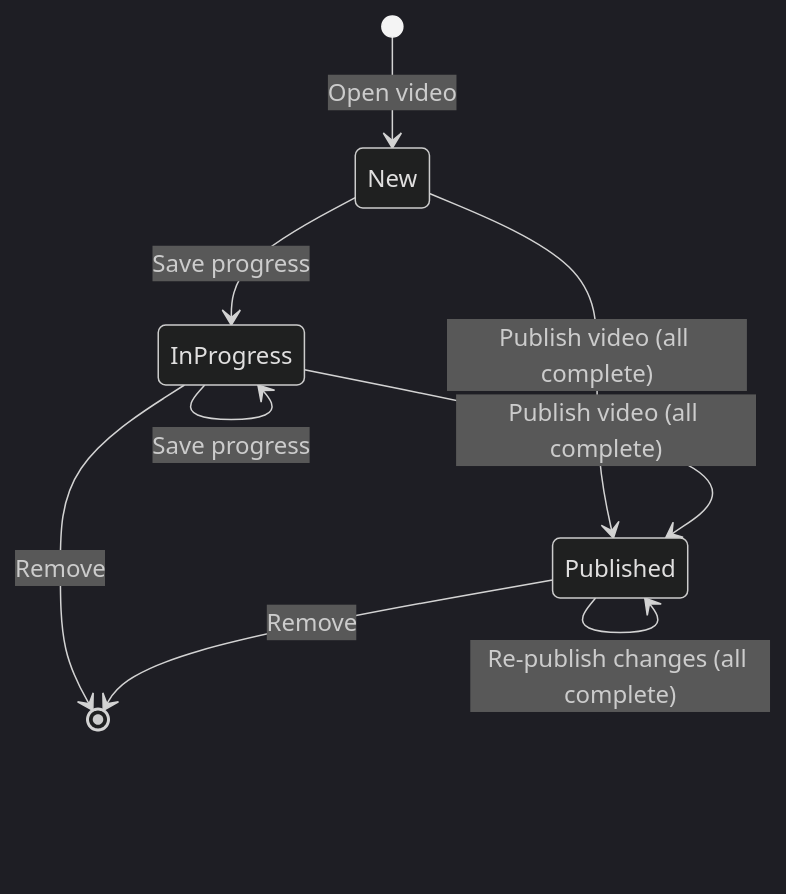
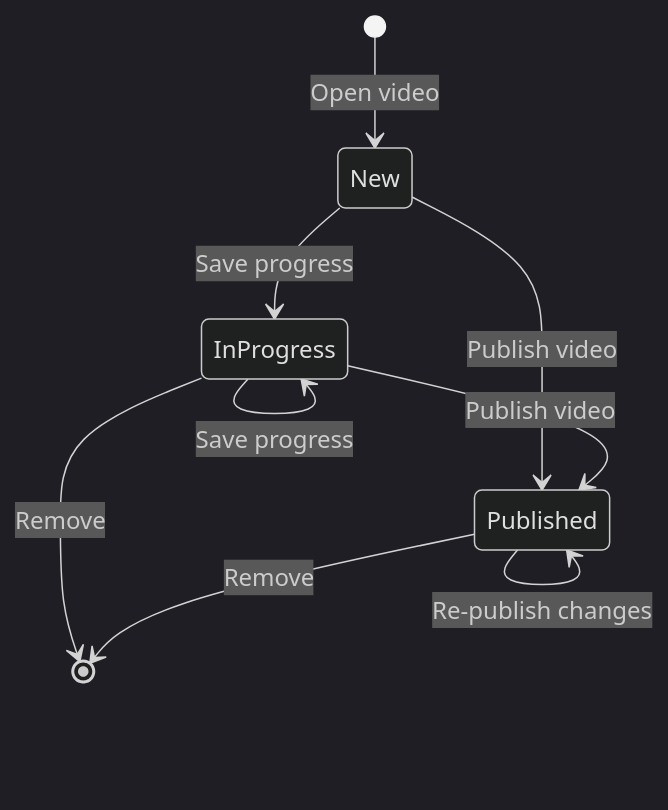
The seventh of 12 diagrams in docs/USE_CASE_FLOWS.md (LeandroBerretta/touchline-video-tagging), drawn with Mermaid (dark theme) before and after one commit. The commit also changed other lines of this file and 4 other files, not shown here.

````diff
--- a/docs/USE_CASE_FLOWS.md
+++ b/docs/USE_CASE_FLOWS.md
@@ -148,11 +155,11 @@
 ```mermaid
 stateDiagram-v2
   [*] --> New: Open video
   New --> InProgress: Save progress
-  New --> Published: Publish video (all complete)
+  New --> Published: Publish video
   InProgress --> InProgress: Save progress
-  InProgress --> Published: Publish video (all complete)
-  Published --> Published: Re-publish changes (all complete)
+  InProgress --> Published: Publish video
+  Published --> Published: Re-publish changes
   InProgress --> [*]: Remove
   Published --> [*]: Remove
 ```
````
